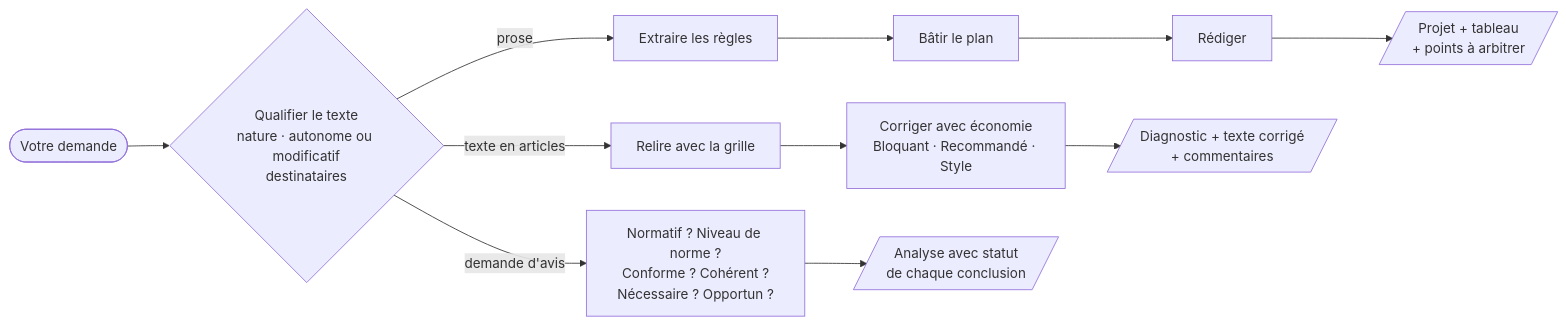
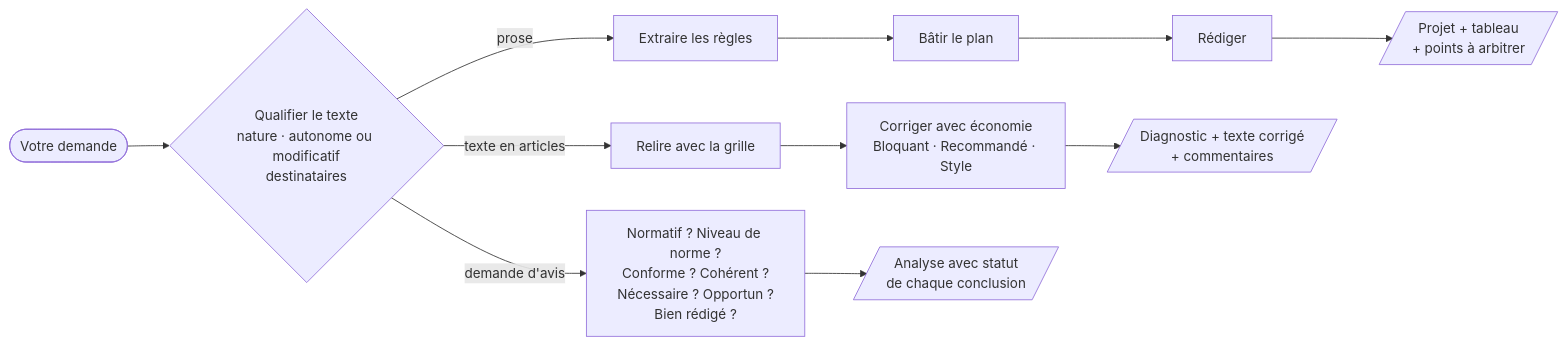
One commit to kilianvivien/skill-legistique-fr changed the diagram in README.md. Above: the diagram before and after it, drawn with Mermaid. The commit also changed other lines of this file and 5 other files, not shown here.

````diff
--- a/README.md
+++ b/README.md
@@ -374,13 +375,13 @@
 ```mermaid
 flowchart LR
     U([Votre demande]) --> Q{Qualifier le texte<br/>nature · autonome ou modificatif<br/>destinataires}
     Q -->|prose| A1[Extraire les règles]
     A1 --> A2[Bâtir le plan]
     A2 --> A3[Rédiger]
     A3 --> A4[/Projet + tableau<br/>+ points à arbitrer/]
     Q -->|texte en articles| B1[Relire avec la grille]
     B1 --> B2[Corriger avec économie<br/>Bloquant · Recommandé · Style]
     B2 --> B3[/Diagnostic + texte corrigé<br/>+ commentaires/]
-    Q -->|demande d'avis| C1[Normatif ? Niveau de norme ?<br/>Conforme ? Cohérent ?<br/>Nécessaire ? Opportun ?]
+    Q -->|demande d'avis| C1[Normatif ? Niveau de norme ?<br/>Conforme ? Cohérent ?<br/>Nécessaire ? Opportun ?<br/>Bien rédigé ?]
     C1 --> C2[/Analyse avec statut<br/>de chaque conclusion/]
 ```
````
